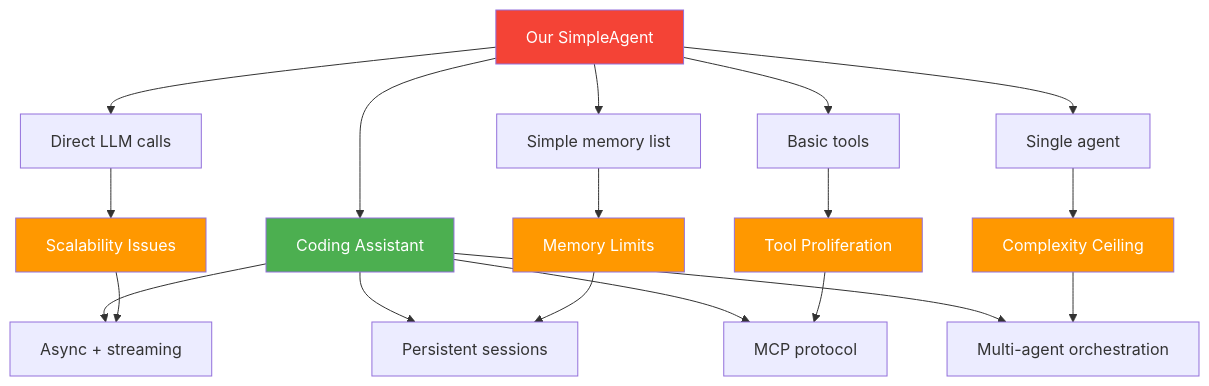
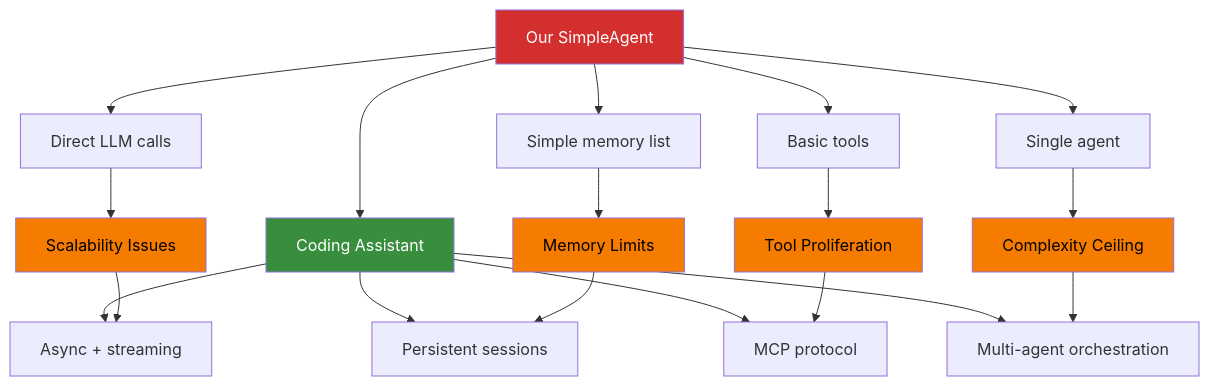
One commit to fwornle/agentic-ai-nano changed diagram 14 of 15 in docs-content/01_frameworks/Session1_ModuleD_Coding_Assistant_Case_Study.md. Above: the diagram before and after it, drawn with Mermaid. The commit also changed other lines of this file, not shown here.

````diff
--- a/docs-content/01_frameworks/Session1_ModuleD_Coding_Assistant_Case_Study.md
+++ b/docs-content/01_frameworks/Session1_ModuleD_Coding_Assistant_Case_Study.md
@@ -874,31 +874,31 @@
 ```mermaid
 graph TD
     SIMPLE[Our SimpleAgent] --> PROD[Coding Assistant]
     
     SIMPLE --> S1[Direct LLM calls]
     SIMPLE --> S2[Simple memory list]
     SIMPLE --> S3[Basic tools]
     SIMPLE --> S4[Single agent]
     
     PROD --> P1[Async + streaming]
     PROD --> P2[Persistent sessions]  
     PROD --> P3[MCP protocol]
     PROD --> P4[Multi-agent orchestration]
     
     S1 --> SCALE1[Scalability Issues]
     S2 --> SCALE2[Memory Limits]
     S3 --> SCALE3[Tool Proliferation]
     S4 --> SCALE4[Complexity Ceiling]
     
     SCALE1 --> P1
     SCALE2 --> P2
     SCALE3 --> P3
     SCALE4 --> P4
     
-    style SIMPLE fill:#F44336,color:#ffffff
-    style PROD fill:#4CAF50,color:#ffffff
-    style SCALE1 fill:#FF9800,color:#ffffff
-    style SCALE2 fill:#FF9800,color:#ffffff
-    style SCALE3 fill:#FF9800,color:#ffffff
-    style SCALE4 fill:#FF9800,color:#ffffff
+    style SIMPLE fill:#D32F2F,color:#ffffff
+    style PROD fill:#388E3C,color:#ffffff
+    style SCALE1 fill:#F57C00,color:#000000
+    style SCALE2 fill:#F57C00,color:#000000
+    style SCALE3 fill:#F57C00,color:#000000
+    style SCALE4 fill:#F57C00,color:#000000
 ```
````
